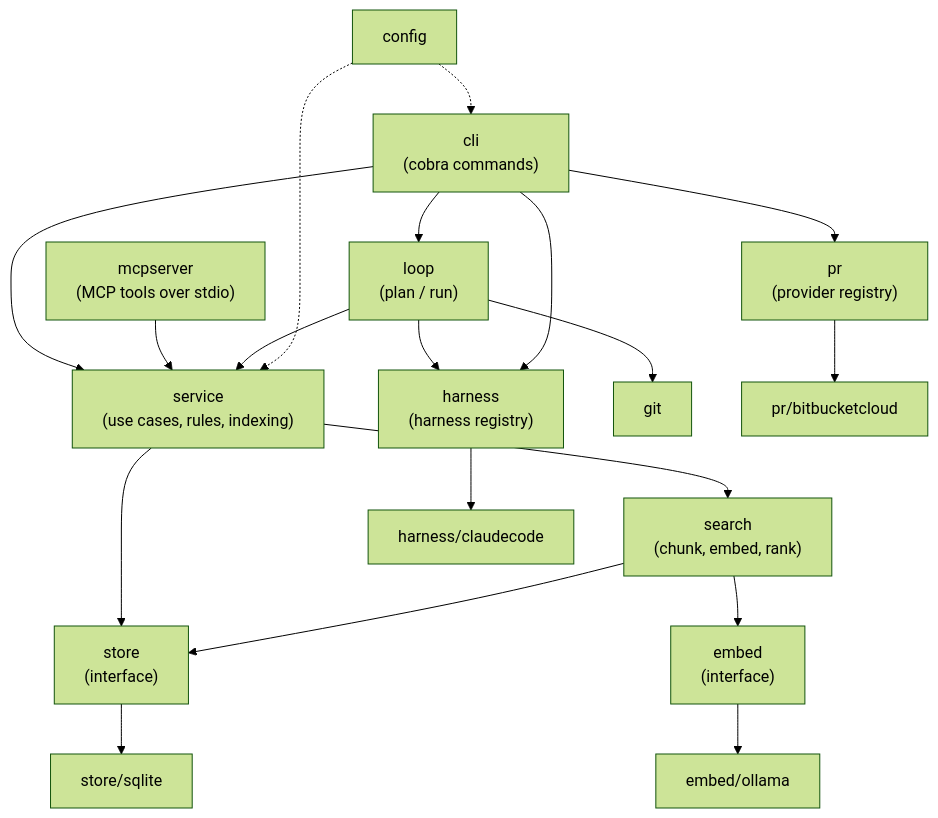
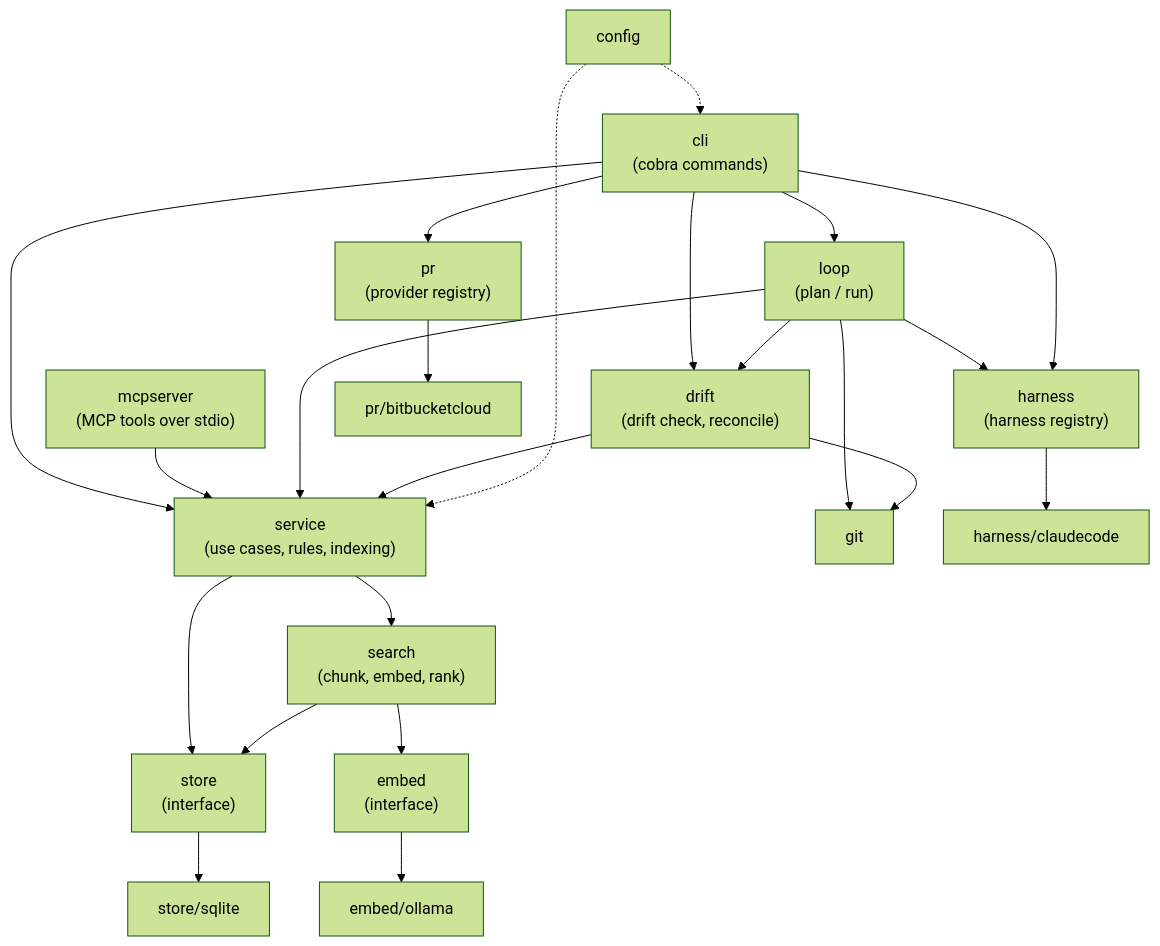
The first of 2 diagrams in docs/architecture.md (bengearig/ralph-cli), drawn with Mermaid (forest theme) before and after one commit. The commit also changed other lines of this file, not shown here.

First line of the commit message:
T-33: Add internal/drift to docs/architecture.md and fix the exit-code row

````diff
--- a/docs/architecture.md
+++ b/docs/architecture.md
@@ -7,21 +7,25 @@
 ```mermaid
 flowchart TD
     CLI["cli<br/>(cobra commands)"] --> SVC
     MCP["mcpserver<br/>(MCP tools over stdio)"] --> SVC
     LOOP["loop<br/>(plan / run)"] --> SVC
     LOOP --> H
     LOOP --> GIT["git"]
     CLI --> LOOP
+    CLI --> DRIFT["drift<br/>(drift check, reconcile)"]
+    LOOP --> DRIFT
+    DRIFT --> SVC
+    DRIFT --> GIT
     CLI --> PR["pr<br/>(provider registry)"]
     CLI --> H["harness<br/>(harness registry)"]
     SVC["service<br/>(use cases, rules, indexing)"] --> ST["store<br/>(interface)"]
     SVC --> SR["search<br/>(chunk, embed, rank)"]
     SR --> ST
     SR --> EM["embed<br/>(interface)"]
     ST --> SQL["store/sqlite"]
     EM --> OL["embed/ollama"]
     H --> CC["harness/claudecode"]
     PR --> BB["pr/bitbucketcloud"]
     CFG["config"] -.-> CLI
     CFG -.-> SVC
 ```
````
